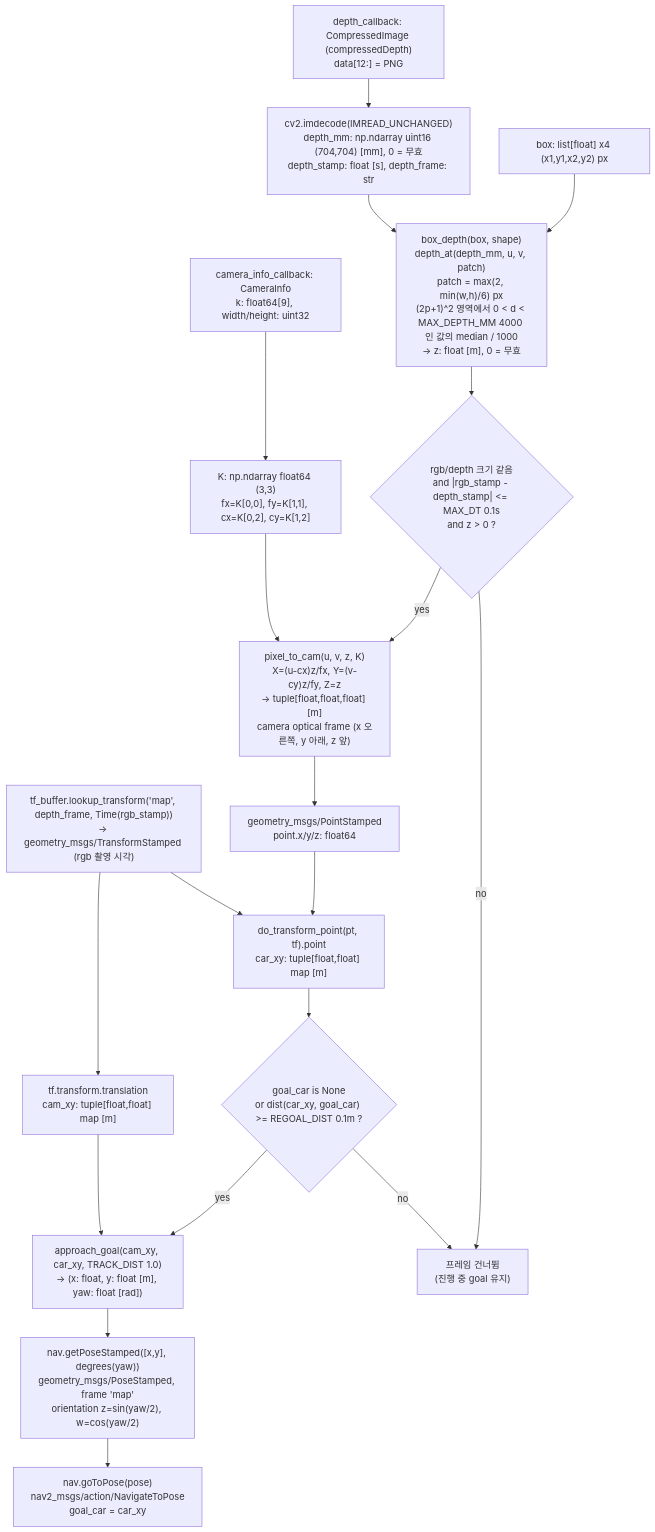
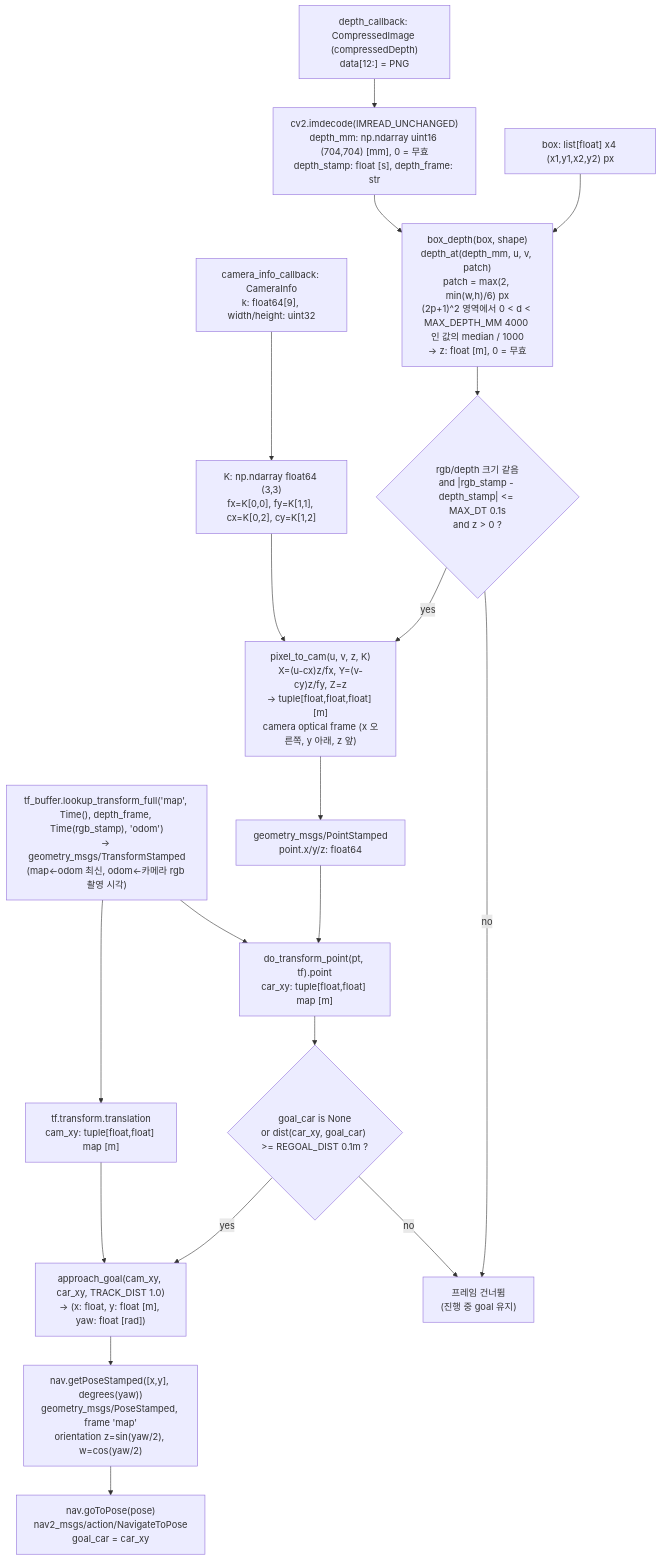
The fifth of 7 diagrams in docs/architecture.md (choicsh/cobot4_ws_miniproject), drawn with Mermaid before and after one commit. The commit also changed other lines of this file and 2 other files, not shown here.

First line of the commit message:
fix(mission): TF를 map<-odom 최신 + odom<-카메라 rgb 시각으로 분리 조회

````diff
--- a/docs/architecture.md
+++ b/docs/architecture.md
@@ -148,21 +148,21 @@
 ```mermaid
 flowchart TD
     D0["depth_callback: CompressedImage (compressedDepth)<br/>data[12:] = PNG"] --> D1["cv2.imdecode(IMREAD_UNCHANGED)<br/>depth_mm: np.ndarray uint16 (704,704) [mm], 0 = 무효<br/>depth_stamp: float [s], depth_frame: str"]
     K0["camera_info_callback: CameraInfo<br/>k: float64[9], width/height: uint32"] --> K1["K: np.ndarray float64 (3,3)<br/>fx=K[0,0], fy=K[1,1], cx=K[0,2], cy=K[1,2]"]
     BOX["box: list[float] x4 (x1,y1,x2,y2) px"] --> Z
     D1 --> Z["box_depth(box, shape)<br/>depth_at(depth_mm, u, v, patch)<br/>patch = max(2, min(w,h)/6) px<br/>(2p+1)^2 영역에서 0 < d < MAX_DEPTH_MM 4000 인 값의 median / 1000<br/>-> z: float [m], 0 = 무효"]
     Z --> CHK{"rgb/depth 크기 같음<br/>and |rgb_stamp - depth_stamp| <= MAX_DT 0.1s<br/>and z > 0 ?"}
     CHK -- no --> SKIP["프레임 건너뜀<br/>(진행 중 goal 유지)"]
     CHK -- yes --> P["pixel_to_cam(u, v, z, K)<br/>X=(u-cx)z/fx, Y=(v-cy)z/fy, Z=z<br/>-> tuple[float,float,float] [m]<br/>camera optical frame (x 오른쪽, y 아래, z 앞)"]
     K1 --> P
-    TF0["tf_buffer.lookup_transform('map', depth_frame, Time(rgb_stamp))<br/>-> geometry_msgs/TransformStamped (rgb 촬영 시각)"] --> T
+    TF0["tf_buffer.lookup_transform_full('map', Time(), depth_frame, Time(rgb_stamp), 'odom')<br/>-> geometry_msgs/TransformStamped<br/>(map←odom 최신, odom←카메라 rgb 촬영 시각)"] --> T
     P --> PS["geometry_msgs/PointStamped<br/>point.x/y/z: float64"]
     PS --> T["do_transform_point(pt, tf).point<br/>car_xy: tuple[float,float] map [m]"]
     TF0 --> CAM["tf.transform.translation<br/>cam_xy: tuple[float,float] map [m]"]
     T --> RG{"goal_car is None<br/>or dist(car_xy, goal_car) >= REGOAL_DIST 0.1m ?"}
     RG -- no --> SKIP
     RG -- yes --> AG["approach_goal(cam_xy, car_xy, TRACK_DIST 1.0)<br/>-> (x: float, y: float [m], yaw: float [rad])"]
     CAM --> AG
     AG --> PO["nav.getPoseStamped([x,y], degrees(yaw))<br/>geometry_msgs/PoseStamped, frame 'map'<br/>orientation z=sin(yaw/2), w=cos(yaw/2)"]
     PO --> GO["nav.goToPose(pose)<br/>nav2_msgs/action/NavigateToPose<br/>goal_car = car_xy"]
 ```
````
